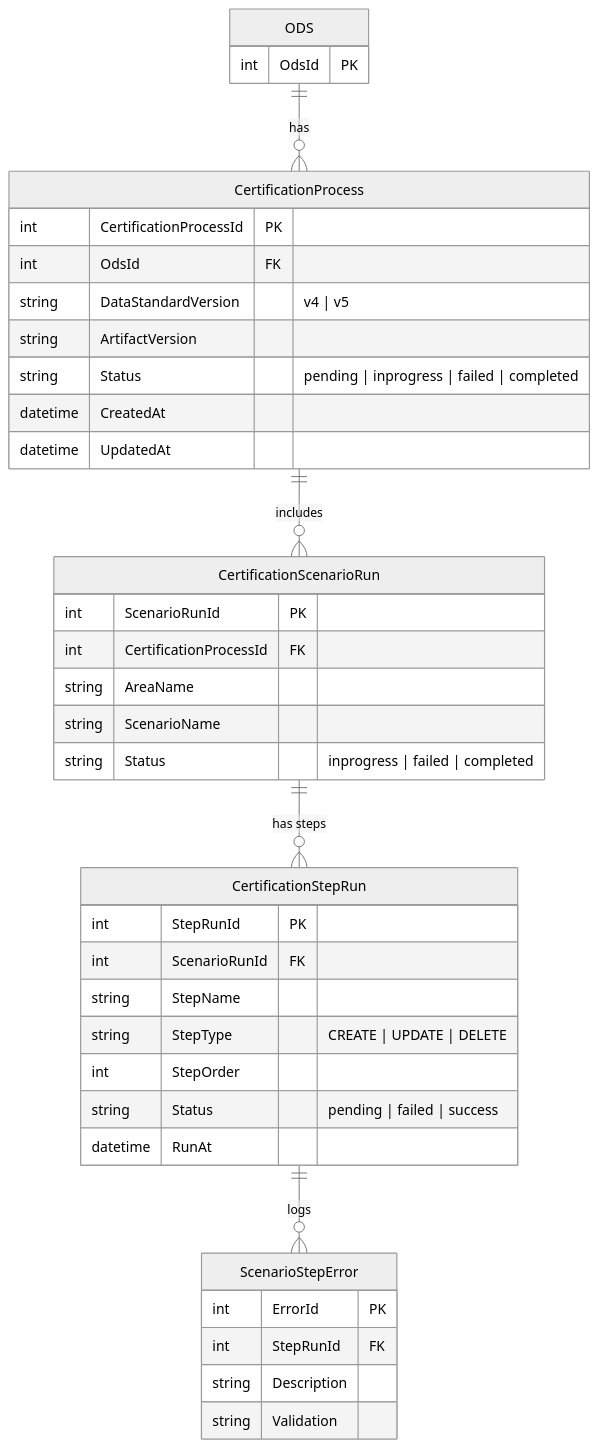
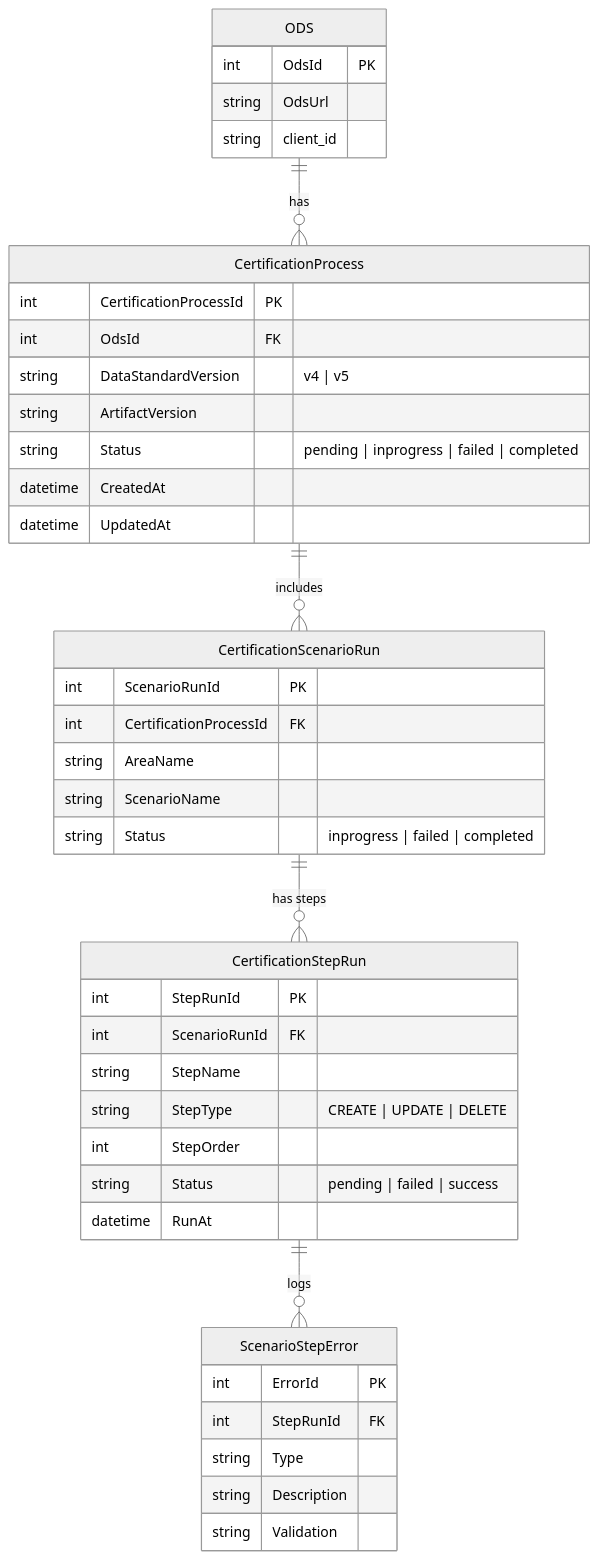
The fourth of 4 diagrams in docs/design/certification-2026/phase2/certification-2.2.md (Ed-Fi-Alliance-OSS/Ed-Fi-AdminApp), drawn with Mermaid (neutral theme) before and after one commit. The commit also changed other lines of this file, not shown here.

Commit message:
[AC-479] docs: database schema update and final clean up

````diff
--- a/docs/design/certification-2026/phase2/certification-2.2.md
+++ b/docs/design/certification-2026/phase2/certification-2.2.md
@@ -315,46 +301,49 @@
 ```mermaid
 erDiagram
     ODS {
         int OdsId PK
+        string OdsUrl
+        string client_id
     }
 
     CertificationProcess {
         int CertificationProcessId PK
         int OdsId FK
         string DataStandardVersion "v4 | v5"
         string ArtifactVersion
         string Status "pending | inprogress | failed | completed"
         datetime CreatedAt
         datetime UpdatedAt
     }
 
     CertificationScenarioRun {
         int ScenarioRunId PK
         int CertificationProcessId FK
         string AreaName
         string ScenarioName
         string Status "inprogress | failed | completed"
     }
 
     CertificationStepRun {
         int StepRunId PK
         int ScenarioRunId FK
         string StepName
         string StepType "CREATE | UPDATE | DELETE"
         int StepOrder
         string Status "pending | failed | success"
         datetime RunAt
     }
 
     ScenarioStepError {
         int ErrorId PK
         int StepRunId FK
+        string Type
         string Description
         string Validation
     }
 
     ODS ||--o{ CertificationProcess : "has"
     CertificationProcess ||--o{ CertificationScenarioRun : "includes"
     CertificationScenarioRun ||--o{ CertificationStepRun : "has steps"
     CertificationStepRun ||--o{ ScenarioStepError : "logs"
 ```
````
